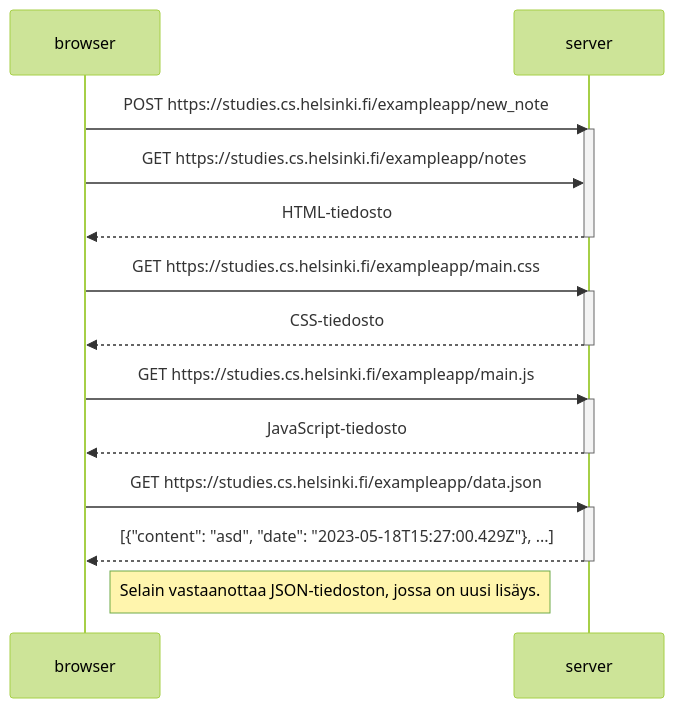
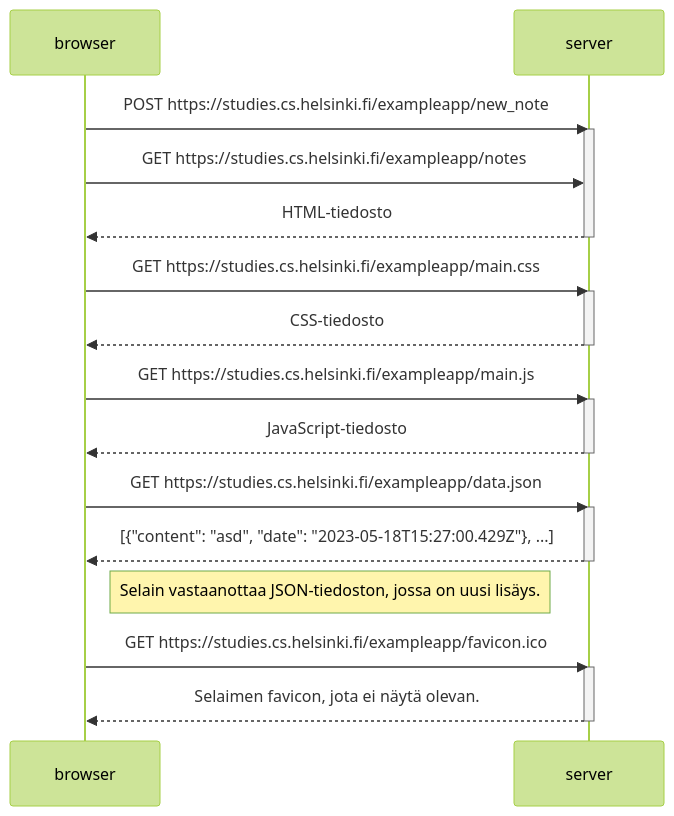
The diagram in osa0/tehtävä4.md (kapasko/Full-Stack-repositorio), drawn with Mermaid (forest theme) before and after one commit. The commit also changed 1 other file, not shown here.

Commit message:
muutoksia

````diff
--- a/osa0/tehtävä4.md
+++ b/osa0/tehtävä4.md
@@ -1,28 +1,33 @@
 ```mermaid
 sequenceDiagram
 	participant browser
 	participant server
 
 	browser->>server: POST https://studies.cs.helsinki.fi/exampleapp/new_note
 	activate server
 	browser->>server: GET https://studies.cs.helsinki.fi/exampleapp/notes
 	server-->>browser: HTML-tiedosto
 	deactivate server
 
 	browser->>server: GET https://studies.cs.helsinki.fi/exampleapp/main.css
 	activate server
 	server-->>browser: CSS-tiedosto
 	deactivate server
 
 	browser->>server: GET https://studies.cs.helsinki.fi/exampleapp/main.js
 	activate server
 	server-->>browser: JavaScript-tiedosto
 	deactivate server
 
 	browser->>server: GET https://studies.cs.helsinki.fi/exampleapp/data.json
 	activate server
 	server-->>browser: [{"content": "asd", "date": "2023-05-18T15:27:00.429Z"}, ...]
 	deactivate server
 	Note right of browser: Selain vastaanottaa JSON-tiedoston, jossa on uusi lisäys.
+
+	browser->>server: GET https://studies.cs.helsinki.fi/exampleapp/favicon.ico
+	activate server
+	server-->>browser: Selaimen favicon, jota ei näytä olevan.
+	deactivate server
 	
 ```
````
